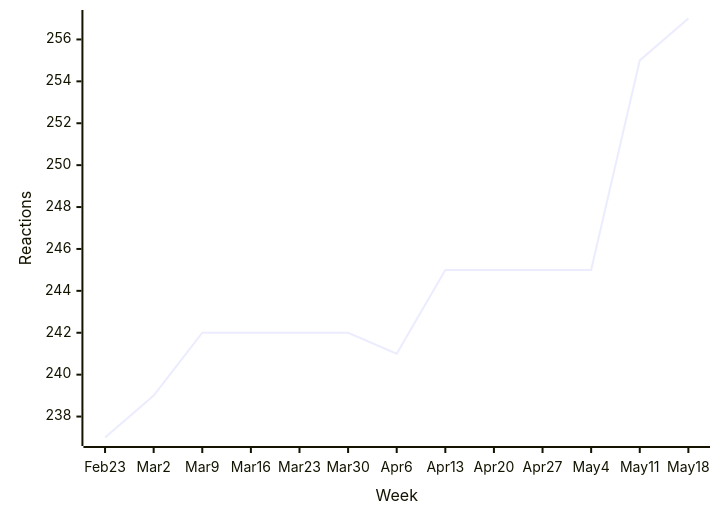
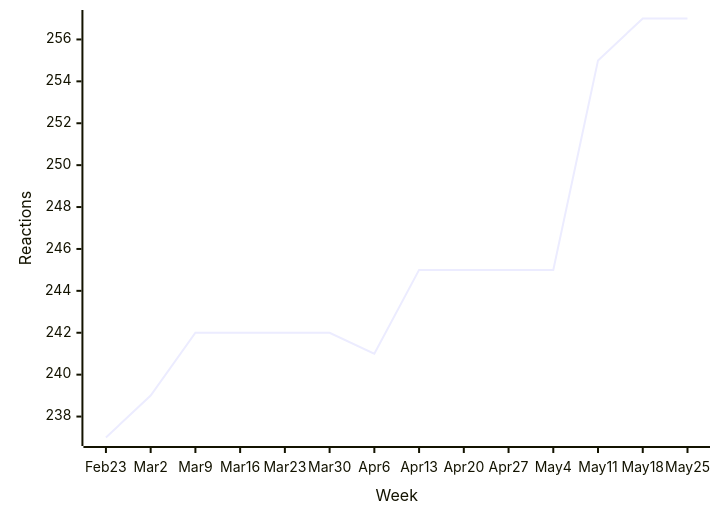
One commit to loic-sharma/github-insights changed the sixth of 49 diagrams in README.md. Above: the diagram before and after it, drawn with Mermaid. The commit also changed other lines of this file and 3 other files, not shown here.

````diff
--- a/README.md
+++ b/README.md
@@ -424,6 +424,6 @@
   ```mermaid
   xychart-beta
-    x-axis "Week" [Feb 23, Mar 2, Mar 9, Mar 16, Mar 23, Mar 30, Apr 6, Apr 13, Apr 20, Apr 27, May 4, May 11, May 18]
+    x-axis "Week" [Feb 23, Mar 2, Mar 9, Mar 16, Mar 23, Mar 30, Apr 6, Apr 13, Apr 20, Apr 27, May 4, May 11, May 18, May 25]
     y-axis "Reactions"
-    line [237, 239, 242, 242, 242, 242, 241, 245, 245, 245, 245, 255, 257]
+    line [237, 239, 242, 242, 242, 242, 241, 245, 245, 245, 245, 255, 257, 257]
   ```
````
